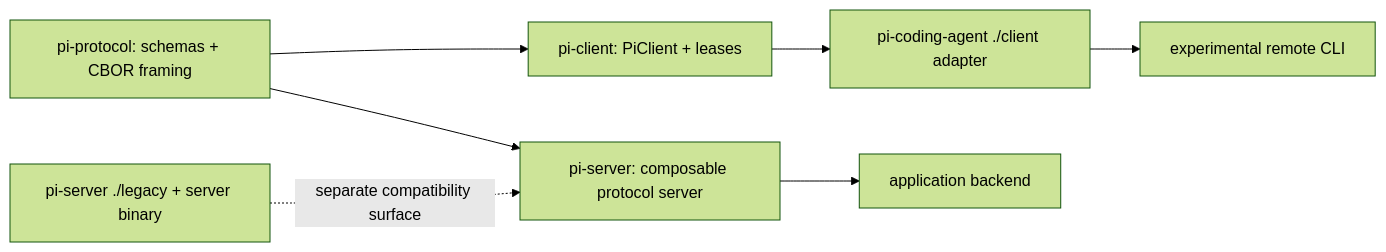
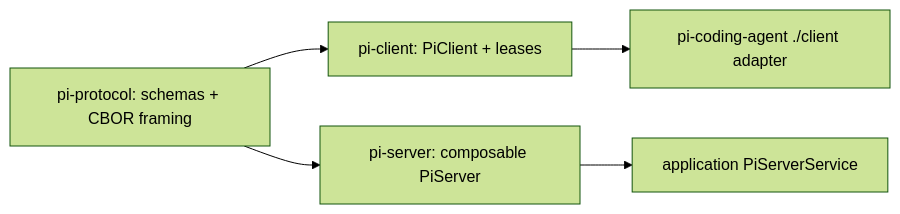
Before and after one commit to wdnmdtonyma/SOTA-Agent-LLM-Wiki: the diagram in docs/llm-wiki/pi/reference/package-index.md, drawn with Mermaid (forest theme). The commit also changed other lines of this file and 236 other files, not shown here.

````diff
--- a/docs/llm-wiki/pi/reference/package-index.md
+++ b/docs/llm-wiki/pi/reference/package-index.md
@@ -75,9 +108,7 @@
 ```mermaid
 flowchart LR
   P["pi-protocol: schemas + CBOR framing"] --> C["pi-client: PiClient + leases"]
-  P --> S["pi-server: composable protocol server"]
+  P --> S["pi-server: composable PiServer"]
   C --> CA["pi-coding-agent ./client adapter"]
-  CA --> CLI["experimental remote CLI"]
-  S --> B["application backend"]
-  LEG["pi-server ./legacy + server binary"] -. separate compatibility surface .-> S
+  S --> B["application PiServerService"]
 ```
````
